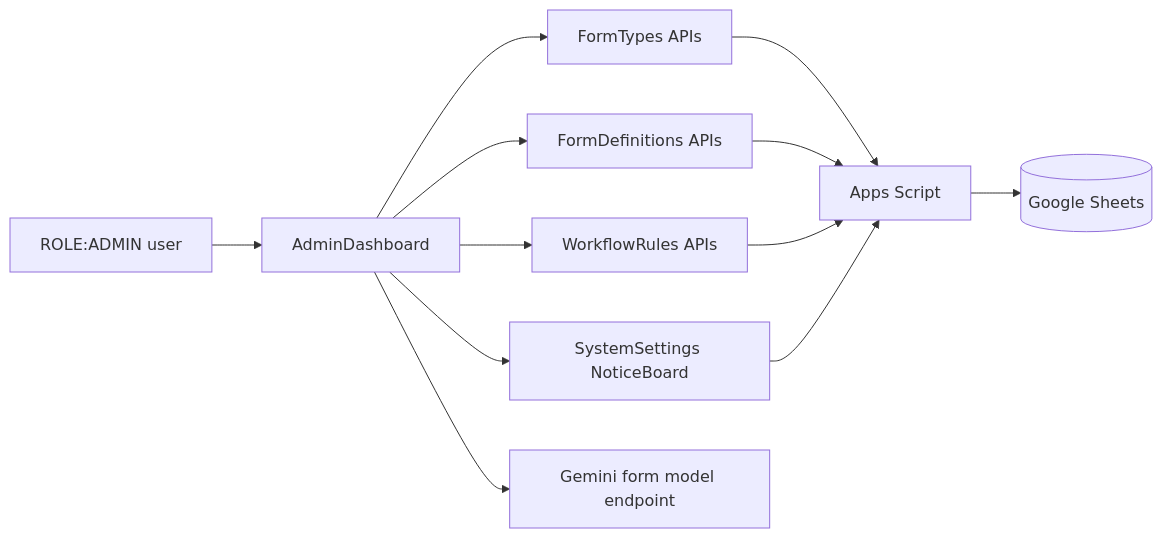
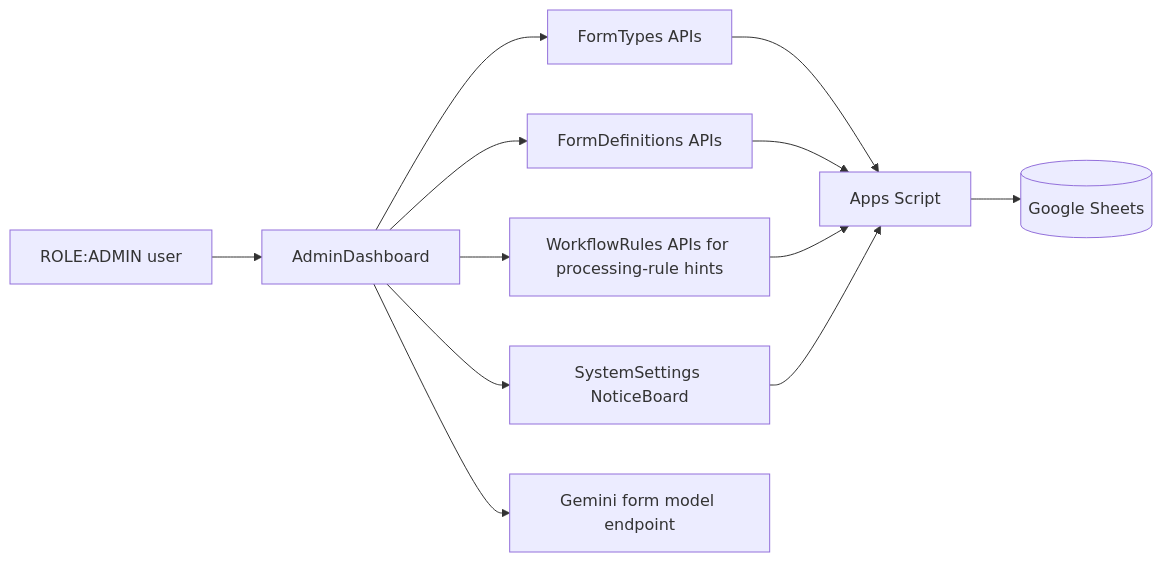
The seventh of 8 diagrams in docs/architecture.md (harrychen-21st/21st-signing-system), drawn with Mermaid before and after one commit. The commit also changed other lines of this file and 10 other files, not shown here.

````diff
--- a/docs/architecture.md
+++ b/docs/architecture.md
@@ -121,14 +120,14 @@
 ```mermaid
 flowchart LR
   Admin[ROLE:ADMIN user] --> UI[AdminDashboard]
   UI --> Types[FormTypes APIs]
   UI --> Defs[FormDefinitions APIs]
-  UI --> Rules[WorkflowRules APIs]
+  UI --> Rules[WorkflowRules APIs for processing-rule hints]
   UI --> Notice[SystemSettings NoticeBoard]
   UI --> AI[Gemini form model endpoint]
   Types --> GAS[Apps Script]
   Defs --> GAS
   Rules --> GAS
   Notice --> GAS
   GAS --> Sheets[(Google Sheets)]
 ```
````
